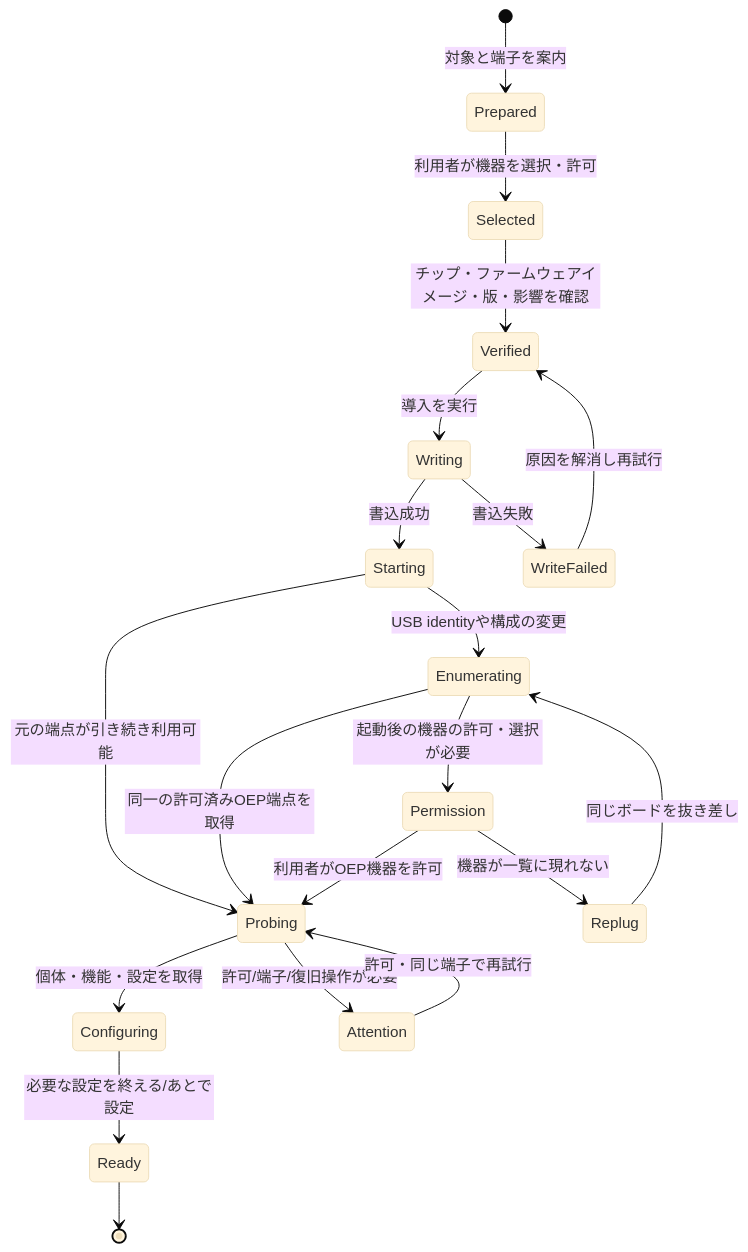
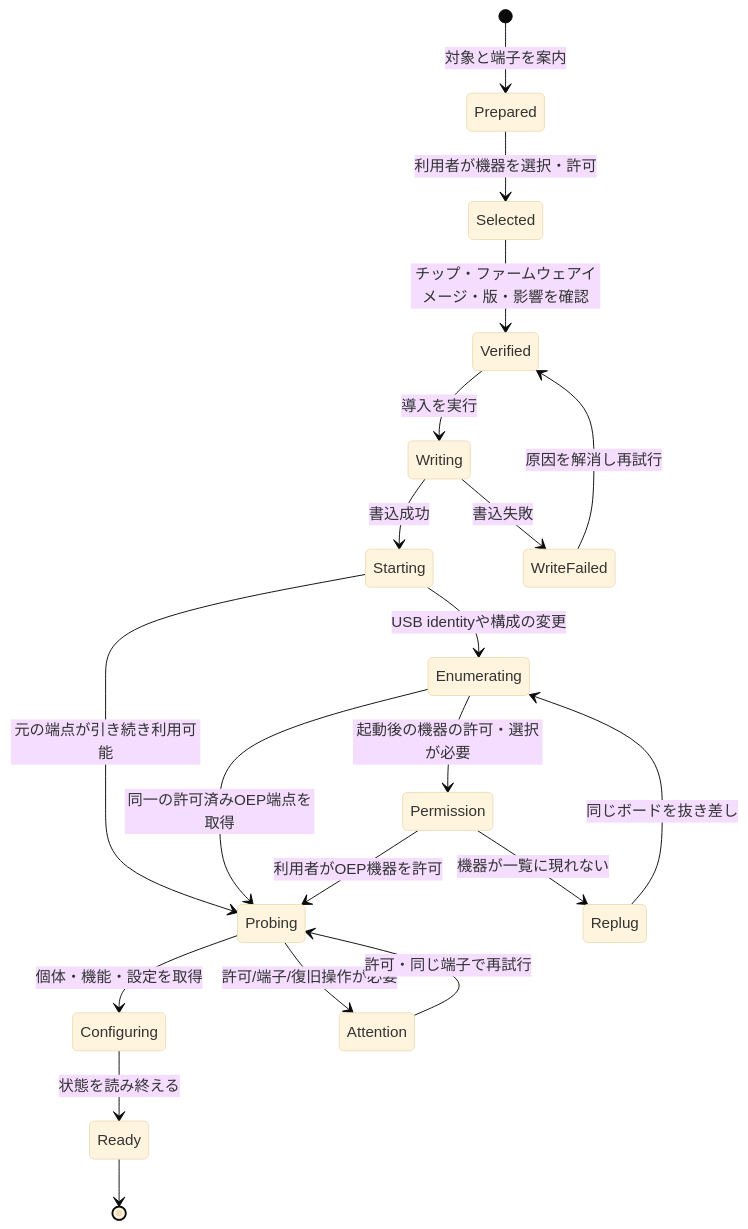
Before and after one commit to Open-Embedded-Probe/oep-client-js: the diagram in docs/page-connection.ja.md, drawn with Mermaid (base theme). The commit also changed other lines of this file and 20 other files, not shown here.

````diff
--- a/docs/page-connection.ja.md
+++ b/docs/page-connection.ja.md
@@ -108,22 +108,22 @@
 ```mermaid
 stateDiagram-v2
   [*] --> Prepared: 対象と端子を案内
   Prepared --> Selected: 利用者が機器を選択・許可
   Selected --> Verified: チップ・ファームウェアイメージ・版・影響を確認
   Verified --> Writing: 導入を実行
   Writing --> Starting: 書込成功
   Writing --> WriteFailed: 書込失敗
   WriteFailed --> Verified: 原因を解消し再試行
   Starting --> Probing: 元の端点が引き続き利用可能
   Starting --> Enumerating: USB identityや構成の変更
   Enumerating --> Probing: 同一の許可済みOEP端点を取得
   Enumerating --> Permission: 起動後の機器の許可・選択が必要
   Permission --> Probing: 利用者がOEP機器を許可
   Permission --> Replug: 機器が一覧に現れない
   Replug --> Enumerating: 同じボードを抜き差し
   Probing --> Configuring: 個体・機能・設定を取得
   Probing --> Attention: 許可/端子/復旧操作が必要
   Attention --> Probing: 許可・同じ端子で再試行
-  Configuring --> Ready: 必要な設定を終える/あとで設定
+  Configuring --> Ready: 状態を読み終える
   Ready --> [*]
 ```
````
